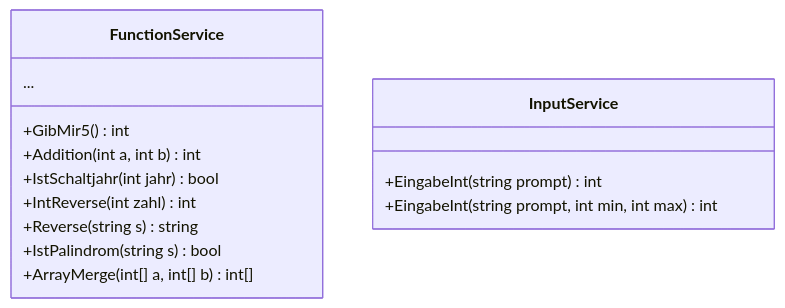
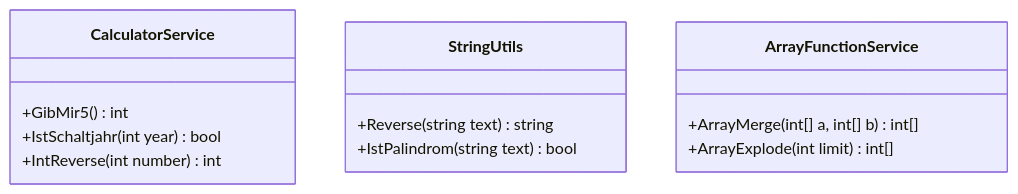
One commit to T-Boyke/C-Sharp-OOP-Fundamentals changed the diagram in 09_Functions/README.md. Above: the diagram before and after it, drawn with Mermaid. The commit also changed other lines of this file and 7 other files, not shown here.

````diff
--- a/09_Functions/README.md
+++ b/09_Functions/README.md
@@ -89,18 +25,18 @@
 ```mermaid
 classDiagram
-    class FunctionService {
+    class CalculatorService {
         +GibMir5() int
-        +Addition(int a, int b) int
-        +IstSchaltjahr(int jahr) bool
-        +IntReverse(int zahl) int
-        +Reverse(string s) string
-        +IstPalindrom(string s) bool
-        +ArrayMerge(int[] a, int[] b) int[]
-        ...
+        +IstSchaltjahr(int year) bool
+        +IntReverse(int number) int
     }
 
-    class InputService {
-        +EingabeInt(string prompt) int
-        +EingabeInt(string prompt, int min, int max) int
+    class StringUtils {
+        +Reverse(string text) string
+        +IstPalindrom(string text) bool
+    }
+
+    class ArrayFunctionService {
+        +ArrayMerge(int[] a, int[] b) int[]
+        +ArrayExplode(int limit) int[]
     }
 ```
````
